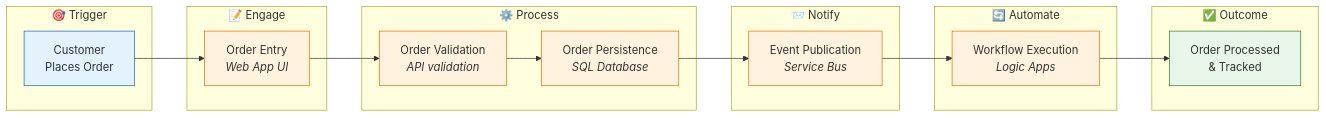
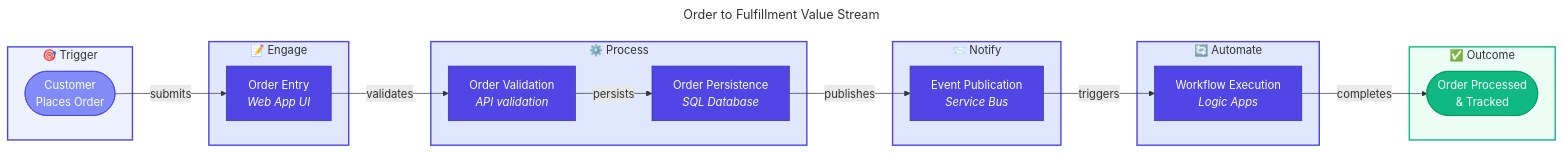
The second of 3 diagrams in docs/architecture/01-business-architecture.md (Evilazaro/Azure-LogicApps-Monitoring), drawn with Mermaid before and after one commit. The commit also changed other lines of this file, not shown here.

Commit message:
feat: Enhance order fulfillment and lifecycle process diagrams with improved flow and styling

````diff
--- a/docs/architecture/01-business-architecture.md
+++ b/docs/architecture/01-business-architecture.md
@@ -125,37 +125,62 @@
 ```mermaid
+---
+title: Order to Fulfillment Value Stream
+---
 flowchart LR
+    %% ===== TRIGGER =====
     subgraph Trigger["🎯 Trigger"]
-        T1["Customer<br/>Places Order"]
+        T1(["Customer<br/>Places Order"])
     end
 
+    %% ===== ENGAGE =====
     subgraph Engage["📝 Engage"]
         S1["Order Entry<br/><i>Web App UI</i>"]
     end
 
+    %% ===== PROCESS =====
     subgraph Process["⚙️ Process"]
         S2["Order Validation<br/><i>API validation</i>"]
         S3["Order Persistence<br/><i>SQL Database</i>"]
     end
 
+    %% ===== NOTIFY =====
     subgraph Notify["📨 Notify"]
         S4["Event Publication<br/><i>Service Bus</i>"]
     end
 
+    %% ===== AUTOMATE =====
     subgraph Automate["🔄 Automate"]
         S5["Workflow Execution<br/><i>Logic Apps</i>"]
     end
 
+    %% ===== OUTCOME =====
     subgraph Outcome["✅ Outcome"]
-        O1["Order Processed<br/>& Tracked"]
+        O1(["Order Processed<br/>& Tracked"])
     end
 
-    T1 --> S1 --> S2 --> S3 --> S4 --> S5 --> O1
+    %% ===== CONNECTIONS =====
+    T1 -->|"submits"| S1
+    S1 -->|"validates"| S2
+    S2 -->|"persists"| S3
+    S3 -->|"publishes"| S4
+    S4 -->|"triggers"| S5
+    S5 -->|"completes"| O1
 
-    classDef trigger fill:#e3f2fd,stroke:#1565c0
-    classDef stage fill:#fff3e0,stroke:#ef6c00
-    classDef outcome fill:#e8f5e9,stroke:#2e7d32
+    %% ===== STYLES - NODE CLASSES =====
+    classDef trigger fill:#818CF8,stroke:#4F46E5,color:#FFFFFF
+    classDef primary fill:#4F46E5,stroke:#3730A3,color:#FFFFFF
+    classDef secondary fill:#10B981,stroke:#059669,color:#FFFFFF
 
+    %% ===== CLASS ASSIGNMENTS =====
     class T1 trigger
-    class S1,S2,S3,S4,S5 stage
-    class O1 outcome
+    class S1,S2,S3,S4,S5 primary
+    class O1 secondary
+
+    %% ===== SUBGRAPH STYLES =====
+    style Trigger fill:#EEF2FF,stroke:#4F46E5,stroke-width:2px
+    style Engage fill:#E0E7FF,stroke:#4F46E5,stroke-width:2px
+    style Process fill:#E0E7FF,stroke:#4F46E5,stroke-width:2px
+    style Notify fill:#E0E7FF,stroke:#4F46E5,stroke-width:2px
+    style Automate fill:#E0E7FF,stroke:#4F46E5,stroke-width:2px
+    style Outcome fill:#ECFDF5,stroke:#10B981,stroke-width:2px
 ```
````
